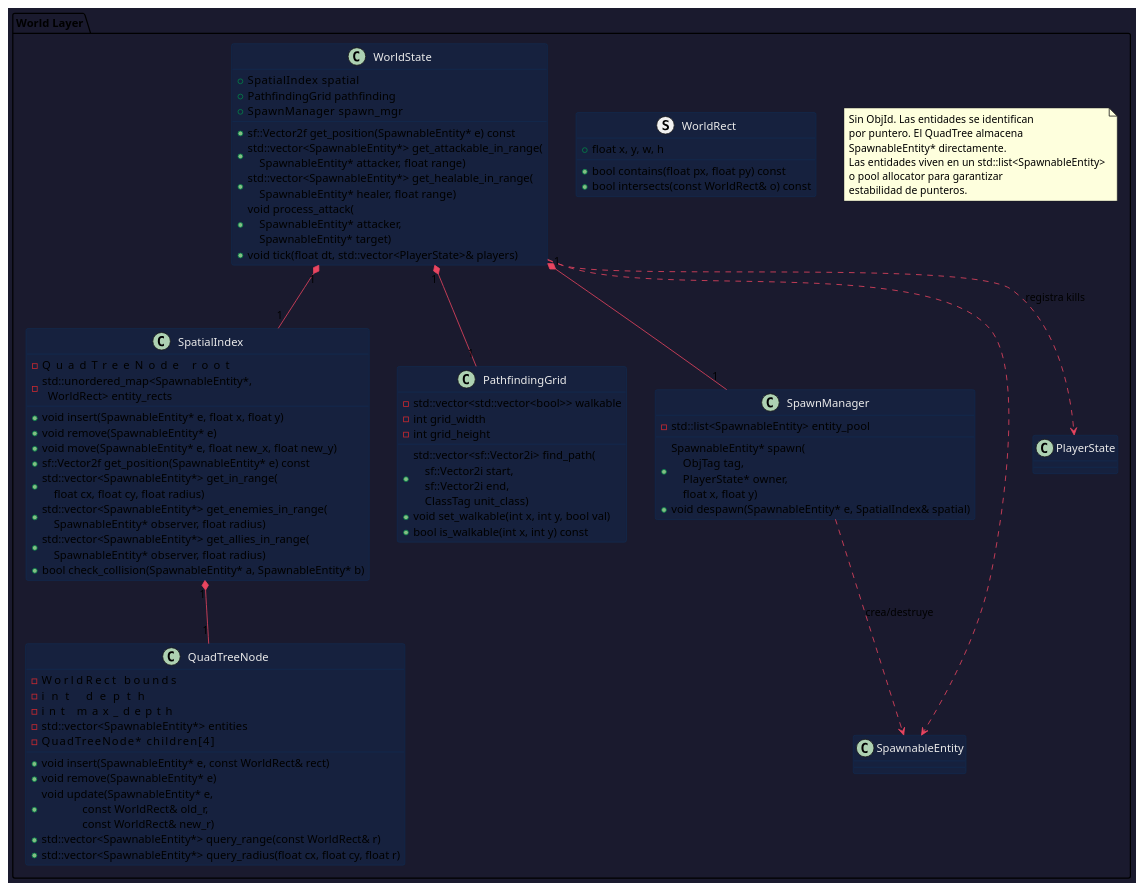
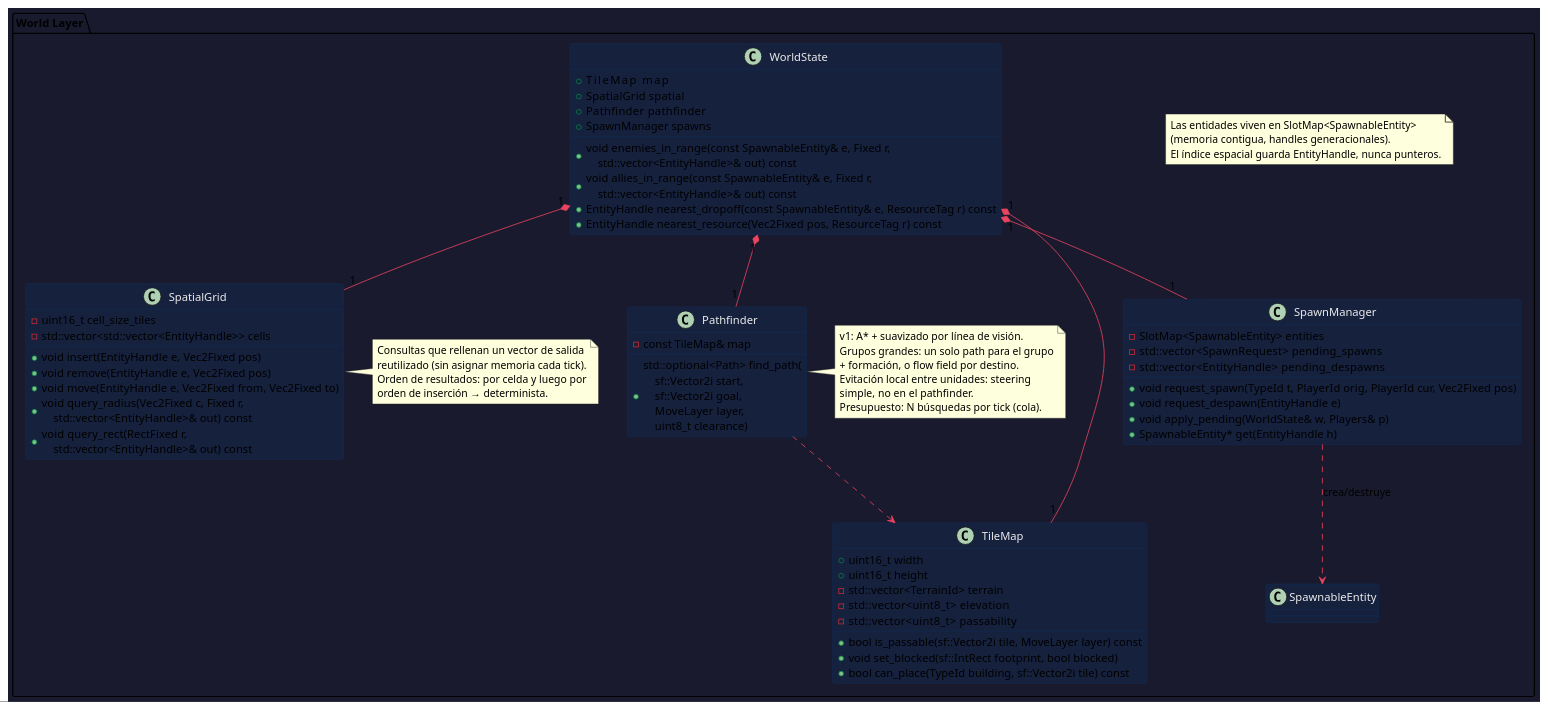
Before and after one commit to imanih-code/aoe-clone: the sixth of 9 diagrams in architecture.md, drawn with PlantUML. The commit also changed other lines of this file and 3 other files, not shown here.

First line of the commit message:
docs: revise design for a C++20/SFML 3 build and add roadmap

````diff
--- a/architecture.md
+++ b/architecture.md
@@ -678,86 +803,86 @@
 package "World Layer" {
 
   note as N1
-    Sin ObjId. Las entidades se identifican
-    por puntero. El QuadTree almacena
-    SpawnableEntity* directamente.
-    Las entidades viven en un std::list<SpawnableEntity>
-    o pool allocator para garantizar
-    estabilidad de punteros.
+    Las entidades viven en SlotMap<SpawnableEntity>
+    (memoria contigua, handles generacionales).
+    El índice espacial guarda EntityHandle, nunca punteros.
   end note
 
-  struct WorldRect {
-    + float x, y, w, h
-    + bool contains(float px, float py) const
-    + bool intersects(const WorldRect& o) const
+  class TileMap {
+    + uint16_t width
+    + uint16_t height
+    - std::vector<TerrainId> terrain
+    - std::vector<uint8_t>   elevation
+    - std::vector<uint8_t>   passability
+    ' bits: tierra, agua, bloqueado por edificio/recurso
+    + bool is_passable(sf::Vector2i tile, MoveLayer layer) const
+    + void set_blocked(sf::IntRect footprint, bool blocked)
+    + bool can_place(TypeId building, sf::Vector2i tile) const
   }
 
-  class QuadTreeNode {
-    - WorldRect              bounds
-    - int                    depth
-    - int                    max_depth
-    - std::vector<SpawnableEntity*>  entities
-    - QuadTreeNode*          children[4]
-    + void insert(SpawnableEntity* e, const WorldRect& rect)
-    + void remove(SpawnableEntity* e)
-    + void update(SpawnableEntity* e,\n              const WorldRect& old_r,\n              const WorldRect& new_r)
-    + std::vector<SpawnableEntity*> query_range(const WorldRect& r)
-    + std::vector<SpawnableEntity*> query_radius(float cx, float cy, float r)
+  class SpatialGrid {
+    - uint16_t cell_size_tiles
+    ' p. ej. 4x4 tiles por celda
+    - std::vector<std::vector<EntityHandle>> cells
+    + void insert(EntityHandle e, Vec2Fixed pos)
+    + void remove(EntityHandle e, Vec2Fixed pos)
+    + void move(EntityHandle e, Vec2Fixed from, Vec2Fixed to)
+    ' solo toca celdas si cambia de celda: O(1)
+    + void query_radius(Vec2Fixed c, Fixed r,\n    std::vector<EntityHandle>& out) const
+    + void query_rect(RectFixed r,\n    std::vector<EntityHandle>& out) const
   }
 
-  class SpatialIndex {
-    - QuadTreeNode                             root
-    - std::unordered_map<SpawnableEntity*,\n  WorldRect> entity_rects
-    + void insert(SpawnableEntity* e, float x, float y)
-    + void remove(SpawnableEntity* e)
-    + void move(SpawnableEntity* e, float new_x, float new_y)
-    + sf::Vector2f get_position(SpawnableEntity* e) const
-    + std::vector<SpawnableEntity*> get_in_range(\n    float cx, float cy, float radius)
-    + std::vector<SpawnableEntity*> get_enemies_in_range(\n    SpawnableEntity* observer, float radius)
-    + std::vector<SpawnableEntity*> get_allies_in_range(\n    SpawnableEntity* observer, float radius)
-    + bool check_collision(SpawnableEntity* a, SpawnableEntity* b)
+  note right of SpatialGrid
+    Consultas que rellenan un vector de salida
+    reutilizado (sin asignar memoria cada tick).
+    Orden de resultados: por celda y luego por
+    orden de inserción → determinista.
+  end note
+
+  class Pathfinder {
+    - const TileMap& map
+    + std::optional<Path> find_path(\n    sf::Vector2i start,\n    sf::Vector2i goal,\n    MoveLayer layer,\n    uint8_t clearance)
+    ' A* octil sobre tiles; goal bloqueado → tile libre más cercano
   }
 
-  class PathfindingGrid {
-    - std::vector<std::vector<bool>> walkable
-    - int grid_width
-    - int grid_height
-    + std::vector<sf::Vector2i> find_path(\n    sf::Vector2i start,\n    sf::Vector2i end,\n    ClassTag unit_class)
-    + void set_walkable(int x, int y, bool val)
-    + bool is_walkable(int x, int y) const
-  }
+  note right of Pathfinder
+    v1: A* + suavizado por línea de visión.
+    Grupos grandes: un solo path para el grupo
+    + formación, o flow field por destino.
+    Evitación local entre unidades: steering
+    simple, no en el pathfinder.
+    Presupuesto: N búsquedas por tick (cola).
+  end note
 
   class SpawnManager {
-    - std::list<SpawnableEntity> entity_pool
-    ' std::list garantiza estabilidad de punteros
-    + SpawnableEntity* spawn(\n    ObjTag tag,\n    PlayerState* owner,\n    float x, float y)
-    + void despawn(SpawnableEntity* e, SpatialIndex& spatial)
+    - SlotMap<SpawnableEntity> entities
+    - std::vector<SpawnRequest>   pending_spawns
+    - std::vector<EntityHandle>   pending_despawns
+    + void request_spawn(TypeId t, PlayerId orig, PlayerId cur, Vec2Fixed pos)
+    + void request_despawn(EntityHandle e)
+    + void apply_pending(WorldState& w, Players& p)
+    ' al final del tick: crea/destruye y actualiza índices
+    + SpawnableEntity* get(EntityHandle h)
   }
 
   class WorldState {
-    + SpatialIndex    spatial
-    + PathfindingGrid pathfinding
-    + SpawnManager    spawn_mgr
+    + TileMap      map
+    + SpatialGrid  spatial
+    + Pathfinder   pathfinder
+    + SpawnManager spawns
     ' ─── Queries ─────────────────────────────────────────
-    + sf::Vector2f get_position(SpawnableEntity* e) const
-    + std::vector<SpawnableEntity*> get_attackable_in_range(\n    SpawnableEntity* attacker, float range)
-    + std::vector<SpawnableEntity*> get_healable_in_range(\n    SpawnableEntity* healer, float range)
-    ' ─── Tick ────────────────────────────────────────────
-    + void process_attack(\n    SpawnableEntity* attacker,\n    SpawnableEntity* target)
-    + void tick(float dt, std::vector<PlayerState>& players)
-    ' process_attack registra los kills en PlayerState:
-    ' attacker->original_player->record_kill(target->obj_tag,
-    '                                        attacker->obj_tag)
-    ' target->current_player->record_loss(target->obj_tag)
+    + void enemies_in_range(const SpawnableEntity& e, Fixed r,\n    std::vector<EntityHandle>& out) const
+    + void allies_in_range(const SpawnableEntity& e, Fixed r,\n    std::vector<EntityHandle>& out) const
+    + EntityHandle nearest_dropoff(const SpawnableEntity& e, ResourceTag r) const
+    + EntityHandle nearest_resource(Vec2Fixed pos, ResourceTag r) const
   }
 
-  WorldState "1" *-- "1" SpatialIndex
-  WorldState "1" *-- "1" PathfindingGrid
+  WorldState "1" *-- "1" TileMap
+  WorldState "1" *-- "1" SpatialGrid
+  WorldState "1" *-- "1" Pathfinder
   WorldState "1" *-- "1" SpawnManager
-  SpatialIndex "1" *-- "1" QuadTreeNode
+  Pathfinder ..> TileMap
   SpawnManager ..> SpawnableEntity : crea/destruye
-  WorldState ..> SpawnableEntity
-  WorldState ..> PlayerState : registra kills
 }
 @enduml
 ```
````
